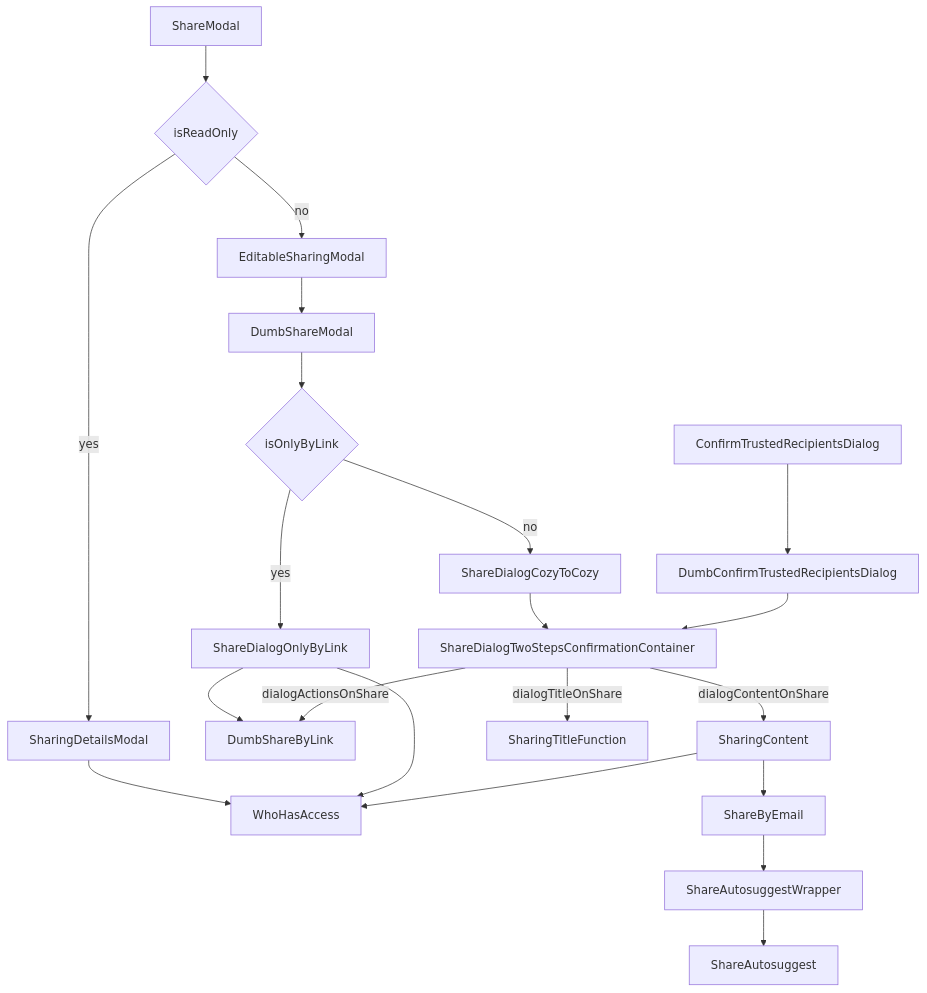
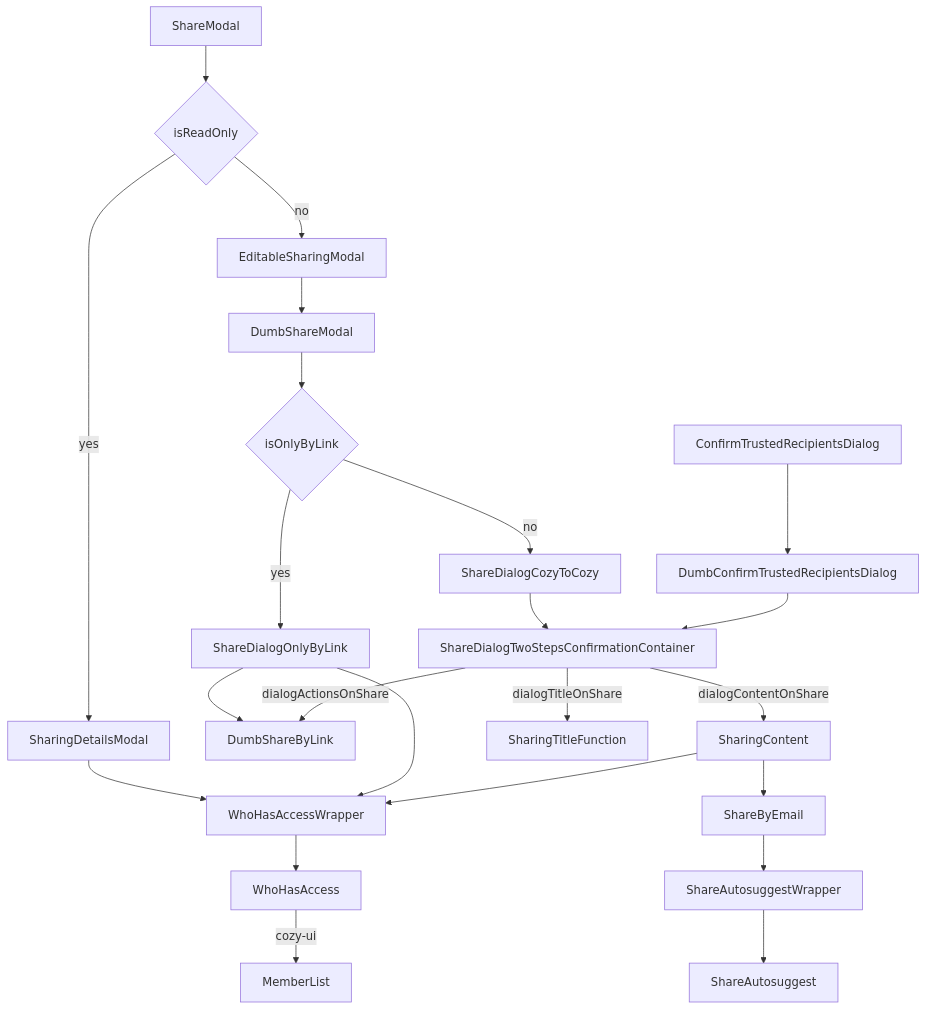
One commit to linagora/cozy-libs changed the first of 2 diagrams in packages/cozy-sharing/docs/share-modal-architecture.md. Above: the diagram before and after it, drawn with Mermaid. The commit also changed 2 other files, not shown here.

Commit message:
docs(cozy-sharing): Update the README after the members list

````diff
--- a/packages/cozy-sharing/docs/share-modal-architecture.md
+++ b/packages/cozy-sharing/docs/share-modal-architecture.md
@@ -3,23 +3,25 @@
 ```mermaid
 flowchart TD
     ShareModal --> ShareModalConditions{isReadOnly}
     ShareModalConditions --> |yes| SharingDetailsModal
     ShareModalConditions --> |no| EditableSharingModal
-    SharingDetailsModal --> WhoHasAccess
+    SharingDetailsModal --> WhoHasAccessWrapper
     EditableSharingModal --> DumbShareModal
     DumbShareModal --> DumbShareModalConditions{isOnlyByLink}
     DumbShareModalConditions --> |yes| ShareDialogOnlyByLink
     DumbShareModalConditions --> |no| ShareDialogCozyToCozy
-    ShareDialogOnlyByLink --> WhoHasAccess
+    ShareDialogOnlyByLink --> WhoHasAccessWrapper
     ShareDialogOnlyByLink --> DumbShareByLink
     ShareDialogCozyToCozy --> ShareDialogTwoStepsConfirmationContainer
     ShareDialogTwoStepsConfirmationContainer --> |dialogContentOnShare|SharingContent
     ShareDialogTwoStepsConfirmationContainer --> |dialogTitleOnShare|SharingTitleFunction
     ShareDialogTwoStepsConfirmationContainer --> |dialogActionsOnShare|DumbShareByLink
-    SharingContent --> WhoHasAccess
+    SharingContent --> WhoHasAccessWrapper
+    WhoHasAccessWrapper --> WhoHasAccess
+    WhoHasAccess --> |cozy-ui|MemberList
     SharingContent --> ShareByEmail
     ConfirmTrustedRecipientsDialog --> DumbConfirmTrustedRecipientsDialog
     DumbConfirmTrustedRecipientsDialog --> ShareDialogTwoStepsConfirmationContainer
     ShareByEmail --> ShareAutosuggestWrapper
     ShareAutosuggestWrapper --> ShareAutosuggest
 ```
````
